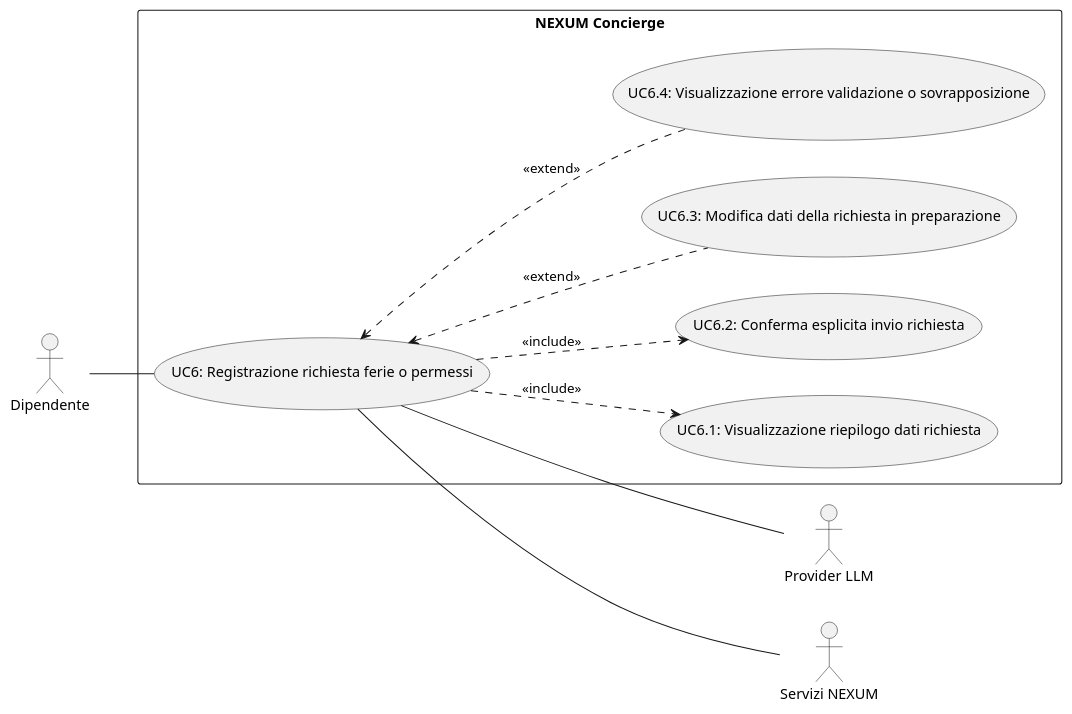
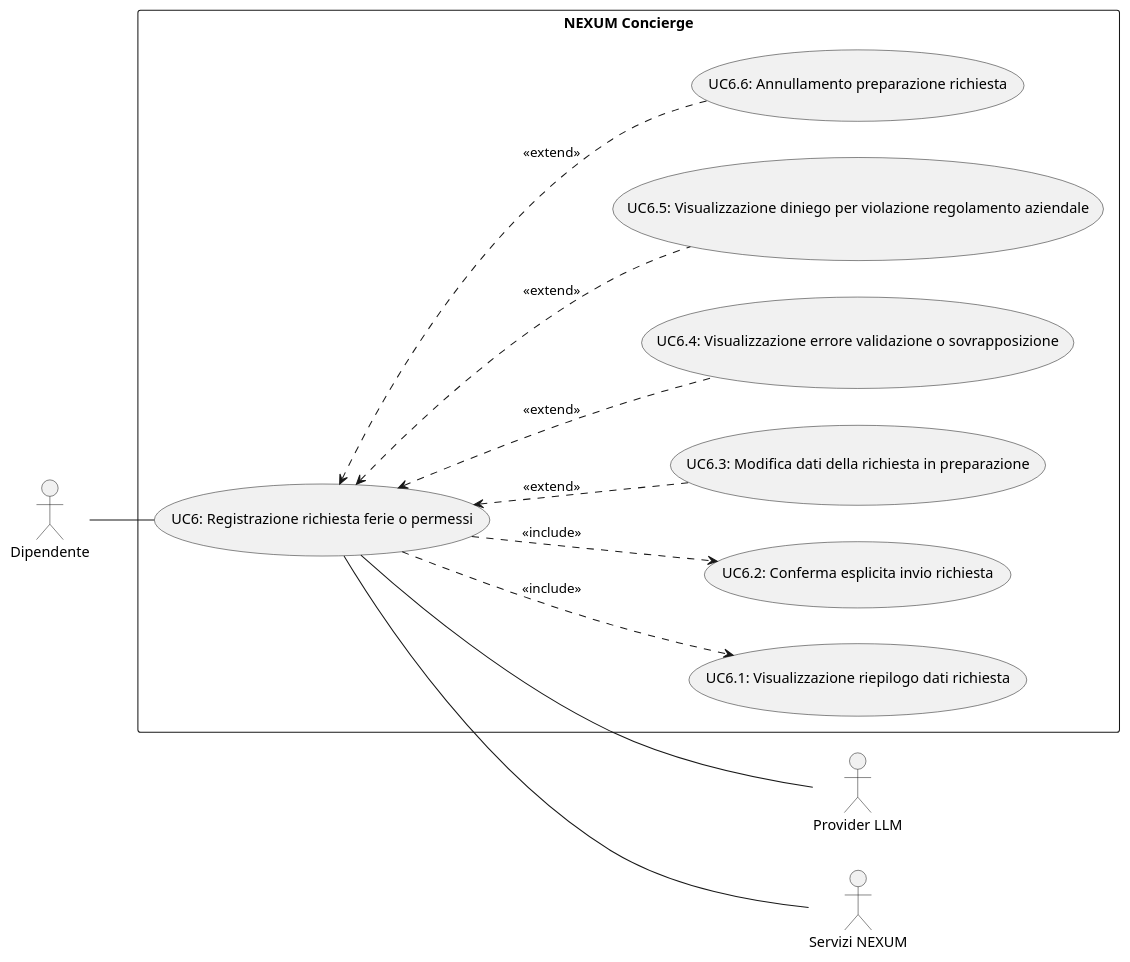
Before and after one commit to RickandCommit/Documentazione: the diagram in RTB/Analisi_dei_Requisiti/Casi_Uso/macroarea4.puml, drawn with PlantUML. The commit also changed 7 other files, not shown here.

```diff
--- a/RTB/Analisi_dei_Requisiti/Casi_Uso/macroarea4.puml
+++ b/RTB/Analisi_dei_Requisiti/Casi_Uso/macroarea4.puml
@@ -1,24 +1,28 @@
 @startuml macroarea4
 left to right direction
 
 actor "Dipendente" as dp
 actor "Provider LLM" as llm
 actor "Servizi NEXUM" as nexum
 
 rectangle "NEXUM Concierge" {
     usecase "UC6: Registrazione richiesta ferie o permessi" as UC6
     usecase "UC6.1: Visualizzazione riepilogo dati richiesta" as UC6_1
     usecase "UC6.2: Conferma esplicita invio richiesta" as UC6_2
     usecase "UC6.3: Modifica dati della richiesta in preparazione" as UC6_3
     usecase "UC6.4: Visualizzazione errore validazione o sovrapposizione" as UC6_4
+    usecase "UC6.5: Visualizzazione diniego per violazione regolamento aziendale" as UC6_5
+    usecase "UC6.6: Annullamento preparazione richiesta" as UC6_6
 }
 
 dp -- UC6
 UC6 -- llm
 UC6 -- nexum
 UC6 ..> UC6_1 : <<include>>
 UC6 ..> UC6_2 : <<include>>
 UC6 <.. UC6_3 : <<extend>>
 UC6 <.. UC6_4 : <<extend>>
+UC6 <.. UC6_5 : <<extend>>
+UC6 <.. UC6_6 : <<extend>>
 
 @enduml
```
